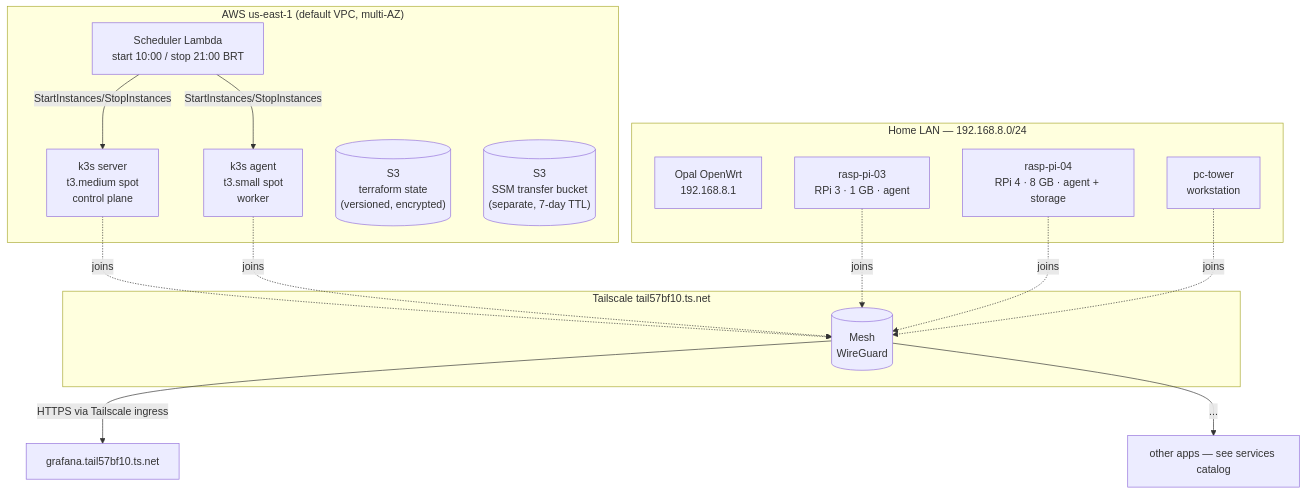
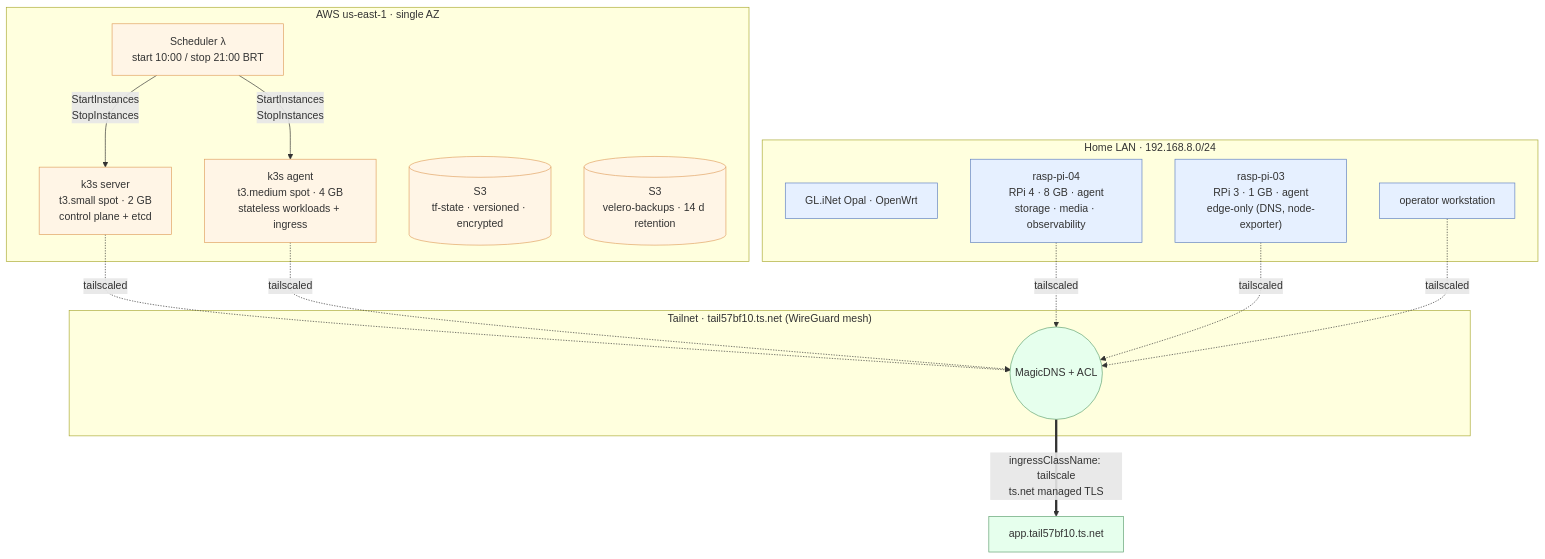
Before and after one commit to ariel-extending851/homelab: the diagram in docs/architecture/overview.md, drawn with Mermaid. The commit also changed other lines of this file and 14 other files, not shown here.

````diff
--- a/docs/architecture/overview.md
+++ b/docs/architecture/overview.md
@@ -13,33 +15,39 @@
 ```mermaid
 graph TB
-    subgraph "AWS us-east-1 (default VPC, multi-AZ)"
-        SERVER["k3s server<br/>t3.medium spot<br/>control plane"]
-        AGENT["k3s agent<br/>t3.small spot<br/>worker"]
-        LAMBDA["Scheduler Lambda<br/>start 10:00 / stop 21:00 BRT"]
-        S3STATE[("S3<br/>terraform state<br/>(versioned, encrypted)")]
-        S3SSM[("S3<br/>SSM transfer bucket<br/>(separate, 7-day TTL)")]
+    subgraph AWS["AWS us-east-1 · single AZ"]
+        SERVER["k3s server<br/>t3.small spot · 2 GB<br/>control plane + etcd"]
+        AGENT["k3s agent<br/>t3.medium spot · 4 GB<br/>stateless workloads + ingress"]
+        LAMBDA["Scheduler λ<br/>start 10:00 / stop 21:00 BRT"]
+        S3STATE[("S3<br/>tf-state · versioned · encrypted")]
+        S3VELERO[("S3<br/>velero-backups · 14 d retention")]
     end
 
-    subgraph "Home LAN — 192.168.8.0/24"
-        ROUTER["Opal OpenWrt<br/>192.168.8.1"]
-        PI3["rasp-pi-03<br/>RPi 3 · 1 GB · agent"]
-        PI4["rasp-pi-04<br/>RPi 4 · 8 GB · agent + storage"]
-        WS["pc-tower<br/>workstation"]
+    subgraph LAN["Home LAN · 192.168.8.0/24"]
+        ROUTER["GL.iNet Opal · OpenWrt"]
+        PI4["rasp-pi-04<br/>RPi 4 · 8 GB · agent<br/>storage · media · observability"]
+        PI3["rasp-pi-03<br/>RPi 3 · 1 GB · agent<br/>edge-only (DNS, node-exporter)"]
+        WS["operator workstation"]
     end
 
-    subgraph "Tailscale tail57bf10.ts.net"
-        TS[("Mesh<br/>WireGuard")]
+    subgraph TS["Tailnet · tail57bf10.ts.net (WireGuard mesh)"]
+        MESH(("MagicDNS + ACL"))
     end
 
-    SERVER -.->|joins| TS
-    AGENT -.->|joins| TS
-    PI3 -.->|joins| TS
-    PI4 -.->|joins| TS
-    WS -.->|joins| TS
+    SERVER -.->|tailscaled| MESH
+    AGENT  -.->|tailscaled| MESH
+    PI4    -.->|tailscaled| MESH
+    PI3    -.->|tailscaled| MESH
+    WS     -.->|tailscaled| MESH
 
-    TS -->|HTTPS via Tailscale ingress| GRAFANA["grafana.tail57bf10.ts.net"]
-    TS -->|...| OTHER["other apps — see services catalog"]
+    MESH ==>|ingressClassName: tailscale<br/>ts.net managed TLS| APPS["app.tail57bf10.ts.net"]
 
-    LAMBDA -->|StartInstances/StopInstances| SERVER
-    LAMBDA -->|StartInstances/StopInstances| AGENT
+    LAMBDA -->|StartInstances<br/>StopInstances| SERVER
+    LAMBDA -->|StartInstances<br/>StopInstances| AGENT
+
+    classDef cloud fill:#fff5e6,stroke:#e0a060
+    classDef edge fill:#e6f0ff,stroke:#6080c0
+    classDef mesh fill:#e6ffed,stroke:#60a070
+    class SERVER,AGENT,LAMBDA,S3STATE,S3VELERO cloud
+    class PI3,PI4,ROUTER,WS edge
+    class MESH,APPS mesh
 ```
````
